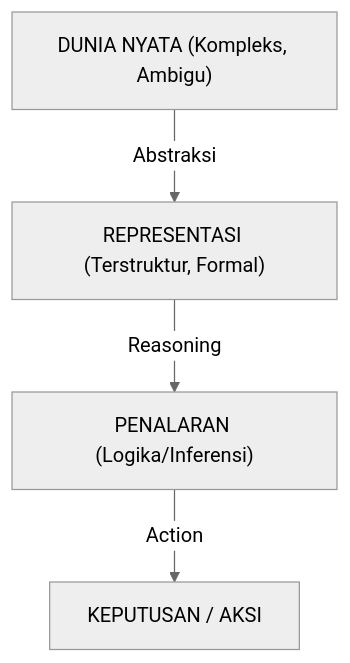
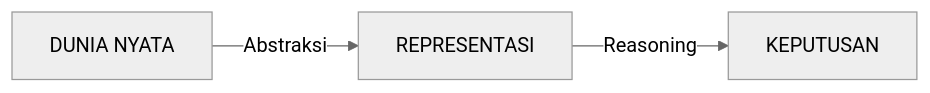
The first of 5 diagrams in bab-03-representasi.md (antonprafanto/dasarAI2026), drawn with Mermaid (neutral theme) before and after one commit. The commit also changed other lines of this file, not shown here.

Commit message:
refactor: padatkan Bab 3 Representasi Pengetahuan agar muat 10 halaman

````diff
--- a/bab-03-representasi.md
+++ b/bab-03-representasi.md
@@ -36,6 +29,4 @@
 ```mermaid
-graph TD
-    World["DUNIA NYATA (Kompleks, Ambigu)"] -->|Abstraksi| Rep["REPRESENTASI (Terstruktur, Formal)"]
-    Rep -->|Reasoning| Reason["PENALARAN (Logika/Inferensi)"]
-    Reason -->|Action| Decision[KEPUTUSAN / AKSI]
+graph LR
+    World["DUNIA NYATA"] -->|Abstraksi| Rep["REPRESENTASI"] -->|Reasoning| Decision["KEPUTUSAN"]
 ```
````
